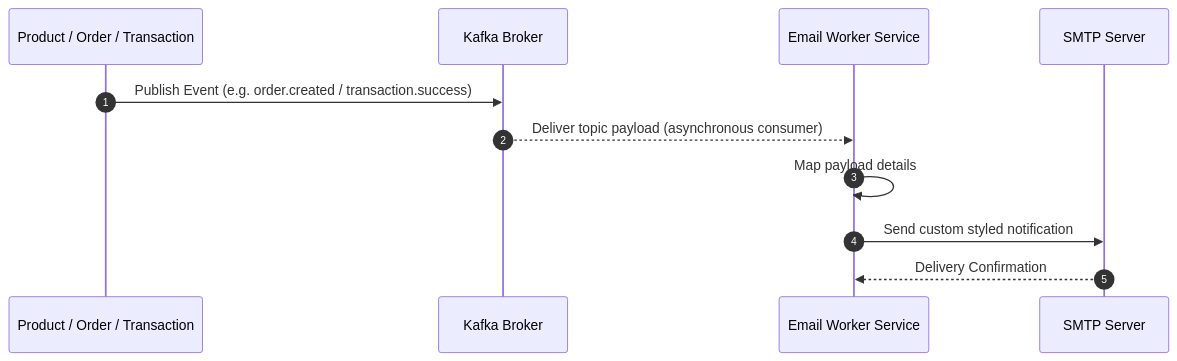
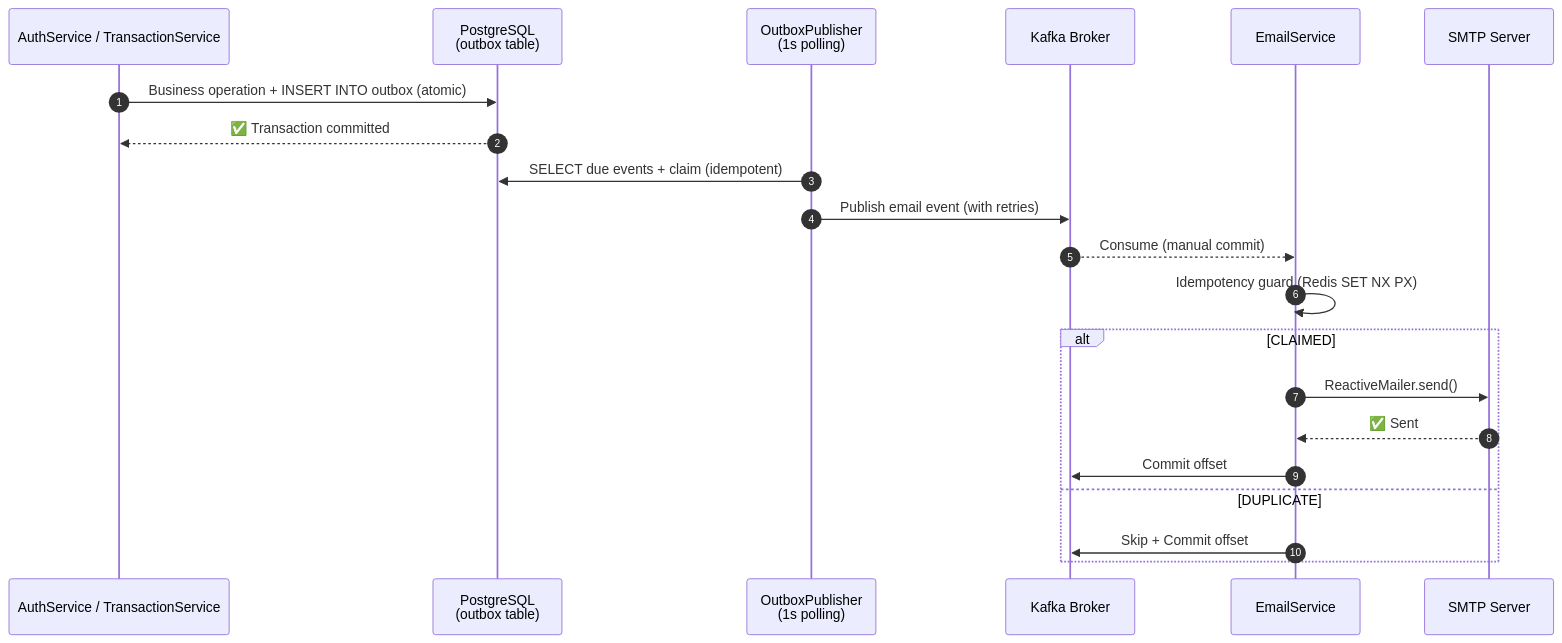
Before and after one commit to MamangRust/modular-monolith-ecommerce-quarkus: the fifth of 10 diagrams in README.md, drawn with Mermaid. The commit also changed other lines of this file and 1130 other files, not shown here.

````diff
--- a/README.md
+++ b/README.md
@@ -352,14 +403,24 @@
 ```mermaid
 sequenceDiagram
     autonumber
-    participant SVC as Product / Order / Transaction
+    participant SVC as AuthService / TransactionService
+    participant DB as PostgreSQL<br/>(outbox table)
+    participant POLLER as OutboxPublisher<br/>(1s polling)
     participant K as Kafka Broker
-    participant EMAIL as Email Worker Service
+    participant EMAIL as EmailService
     participant SMTP as SMTP Server
 
-    SVC->>K: Publish Event (e.g. order.created / transaction.success)
-    K-->>EMAIL: Deliver topic payload (asynchronous consumer)
-    EMAIL->>EMAIL: Map payload details
-    EMAIL->>SMTP: Send custom styled notification
-    SMTP-->>EMAIL: Delivery Confirmation
+    SVC->>DB: Business operation + INSERT INTO outbox (atomic)
+    DB-->>SVC: ✅ Transaction committed
+    POLLER->>DB: SELECT due events + claim (idempotent)
+    POLLER->>K: Publish email event (with retries)
+    K-->>EMAIL: Consume (manual commit)
+    EMAIL->>EMAIL: Idempotency guard (Redis SET NX PX)
+    alt CLAIMED
+        EMAIL->>SMTP: ReactiveMailer.send()
+        SMTP-->>EMAIL: ✅ Sent
+        EMAIL->>K: Commit offset
+    else DUPLICATE
+        EMAIL->>K: Skip + Commit offset
+    end
 ```
````
